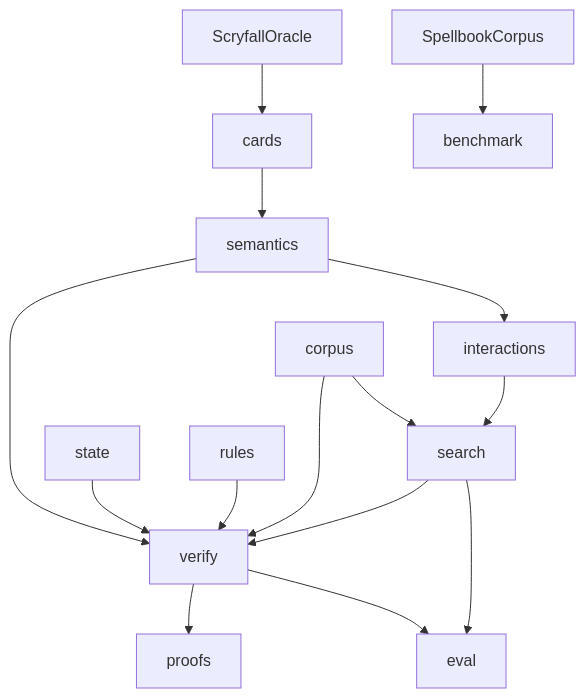
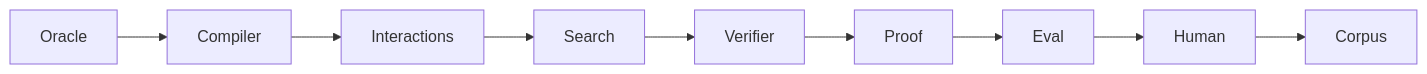
Before and after one commit to witzbeck/mtg-loop-engine: the diagram in README.md, drawn with Mermaid. The commit also changed other lines of this file and 65 other files, not shown here.

````diff
--- a/README.md
+++ b/README.md
@@ -9,17 +41,11 @@
 ```mermaid
-graph TB;
-  scryfall[ScryfallOracle] --> cardsPkg[cards];
-  spellbook[SpellbookCorpus] --> benchmarkPkg[benchmark];
-  cardsPkg --> semanticsPkg[semantics];
-  semanticsPkg --> verifyPkg[verify];
-  semanticsPkg --> interactionsPkg[interactions];
-  interactionsPkg --> searchPkg[search];
-  searchPkg --> verifyPkg;
-  statePkg[state] --> verifyPkg;
-  rulesPkg[rules] --> verifyPkg;
-  verifyPkg --> proofsPkg[proofs];
-  corpusPkg[corpus] --> verifyPkg;
-  corpusPkg --> searchPkg;
-  searchPkg --> evalPkg[eval];
-  verifyPkg --> evalPkg;
+graph LR;
+  oracle[Oracle] --> compiler[Compiler];
+  compiler --> interactions[Interactions];
+  interactions --> search[Search];
+  search --> verifier[Verifier];
+  verifier --> proof[Proof];
+  proof --> eval[Eval];
+  eval --> human[Human];
+  human --> corpus[Corpus];
 ```
````
